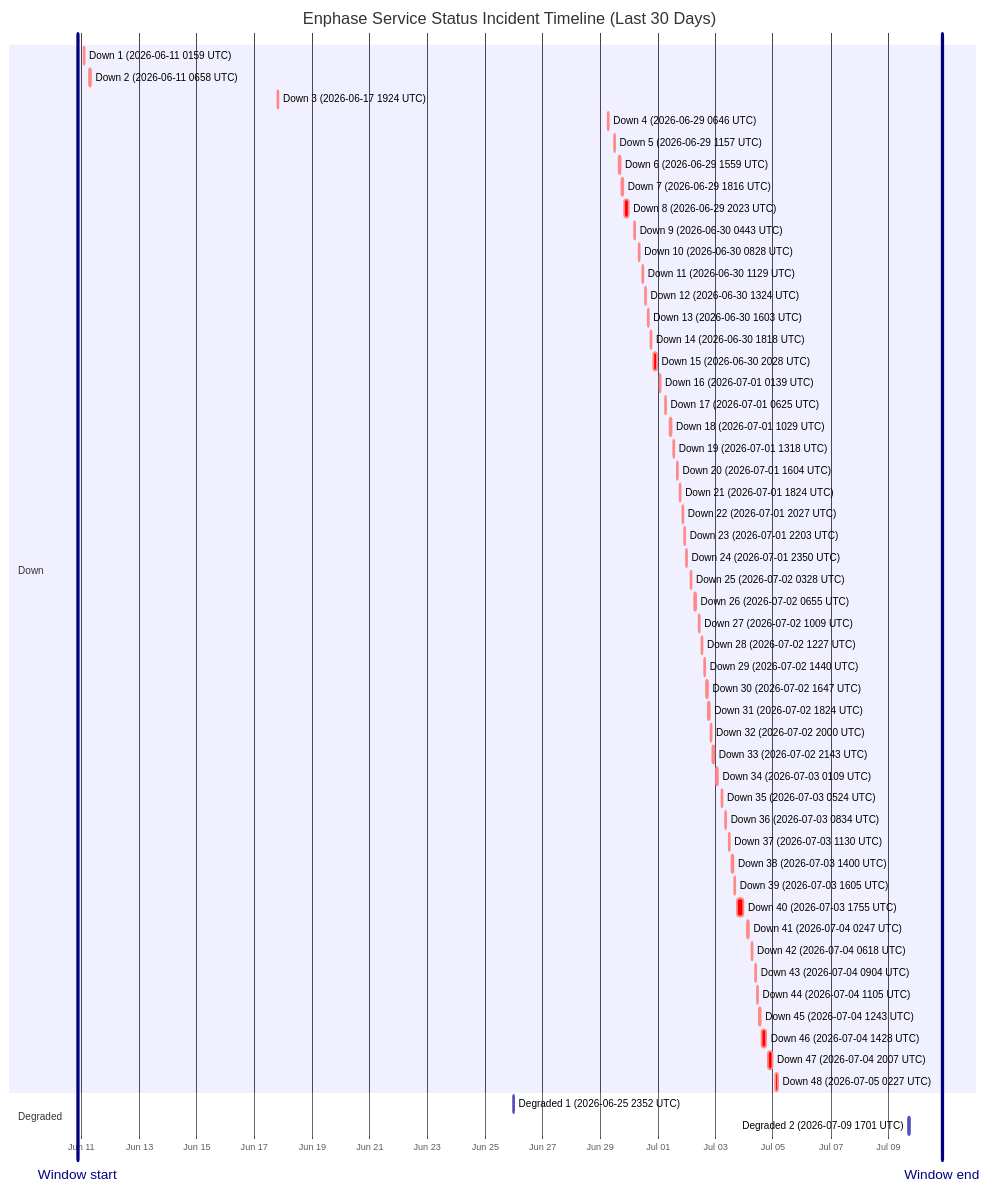
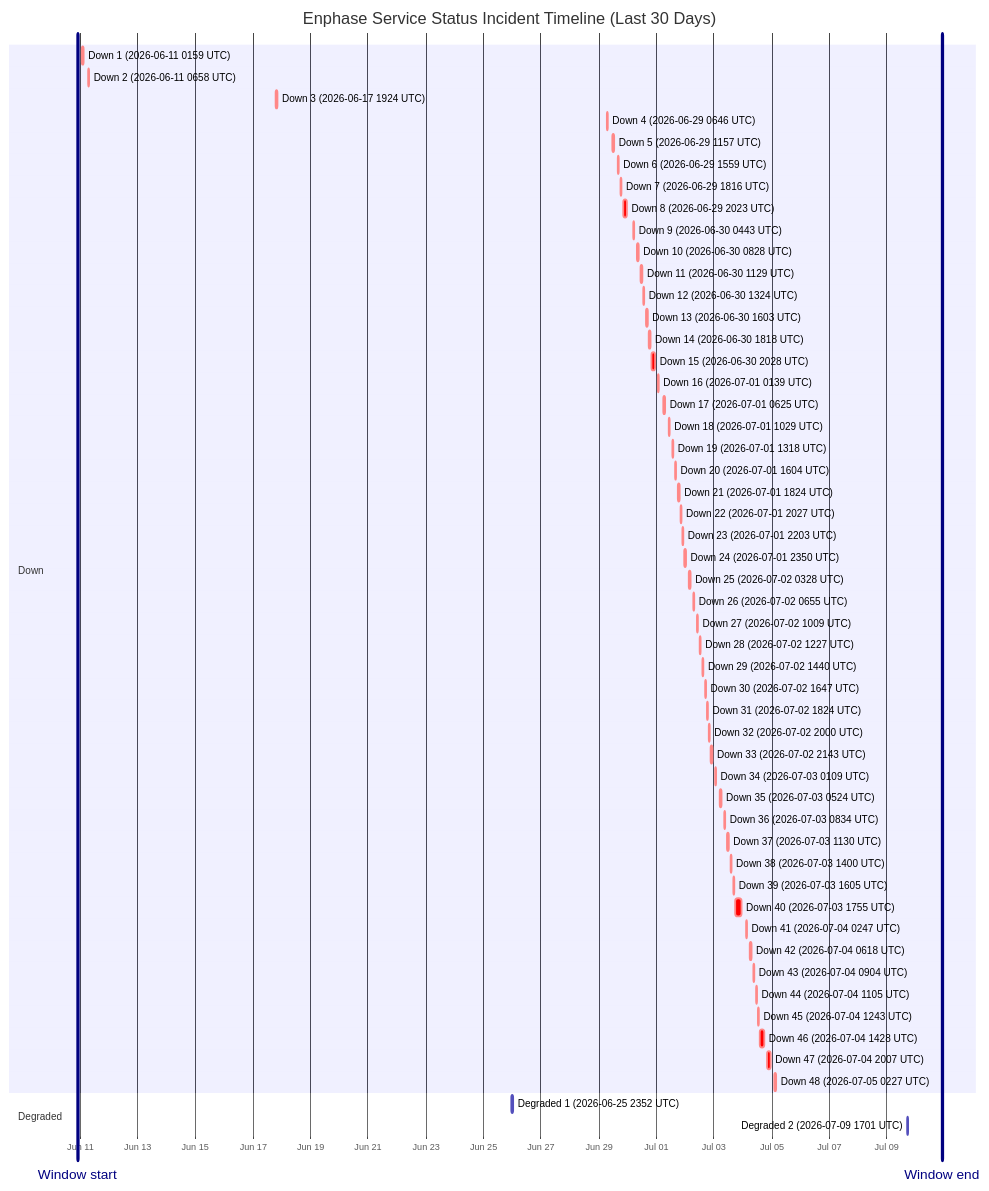
Before and after one commit to barneyonline/ha-enphase-energy: the diagram in wiki/Service-Status-History.md, drawn with Mermaid. The commit also changed other lines of this file and 3 other files, not shown here.

````diff
--- a/wiki/Service-Status-History.md
+++ b/wiki/Service-Status-History.md
@@ -14,60 +14,60 @@
 ```mermaid
 gantt
     title Enphase Service Status Incident Timeline (Last 30 Days)
     dateFormat  YYYY-MM-DDTHH:mm:ss
     axisFormat  %b %d
-    Window start :vert, window-start, 2026-06-10T20:48:50, 0ms
-    Window end :vert, window-end, 2026-07-10T20:48:50, 0ms
+    Window start :vert, window-start, 2026-06-10T22:00:35, 0ms
+    Window end :vert, window-end, 2026-07-10T22:00:35, 0ms
     section Down
     Down 1 (2026-06-11 0159 UTC) :crit, down-1, 2026-06-11T01:59:36, 60m
     Down 2 (2026-06-11 0658 UTC) :crit, down-2, 2026-06-11T06:58:45, 60m
     Down 3 (2026-06-17 1924 UTC) :crit, down-3, 2026-06-17T19:24:51, 60m
     Down 4 (2026-06-29 0646 UTC) :crit, down-4, 2026-06-29T06:46:18, 60m
     Down 5 (2026-06-29 1157 UTC) :crit, down-5, 2026-06-29T11:57:36, 60m
     Down 6 (2026-06-29 1559 UTC) :crit, down-6, 2026-06-29T15:59:02, 60m
     Down 7 (2026-06-29 1816 UTC) :crit, down-7, 2026-06-29T18:16:38, 60m
     Down 8 (2026-06-29 2023 UTC) :crit, down-8, 2026-06-29T20:23:16, 220m
     Down 9 (2026-06-30 0443 UTC) :crit, down-9, 2026-06-30T04:43:54, 60m
     Down 10 (2026-06-30 0828 UTC) :crit, down-10, 2026-06-30T08:28:43, 60m
     Down 11 (2026-06-30 1129 UTC) :crit, down-11, 2026-06-30T11:29:15, 60m
     Down 12 (2026-06-30 1324 UTC) :crit, down-12, 2026-06-30T13:24:25, 60m
     Down 13 (2026-06-30 1603 UTC) :crit, down-13, 2026-06-30T16:03:26, 60m
     Down 14 (2026-06-30 1818 UTC) :crit, down-14, 2026-06-30T18:18:39, 60m
     Down 15 (2026-06-30 2028 UTC) :crit, down-15, 2026-06-30T20:28:54, 171m
     Down 16 (2026-07-01 0139 UTC) :crit, down-16, 2026-07-01T01:39:18, 60m
     Down 17 (2026-07-01 0625 UTC) :crit, down-17, 2026-07-01T06:25:35, 60m
     Down 18 (2026-07-01 1029 UTC) :crit, down-18, 2026-07-01T10:29:24, 60m
     Down 19 (2026-07-01 1318 UTC) :crit, down-19, 2026-07-01T13:18:31, 60m
     Down 20 (2026-07-01 1604 UTC) :crit, down-20, 2026-07-01T16:04:29, 60m
     Down 21 (2026-07-01 1824 UTC) :crit, down-21, 2026-07-01T18:24:21, 60m
     Down 22 (2026-07-01 2027 UTC) :crit, down-22, 2026-07-01T20:27:17, 60m
     Down 23 (2026-07-01 2203 UTC) :crit, down-23, 2026-07-01T22:03:46, 60m
     Down 24 (2026-07-01 2350 UTC) :crit, down-24, 2026-07-01T23:50:52, 60m
     Down 25 (2026-07-02 0328 UTC) :crit, down-25, 2026-07-02T03:28:33, 60m
     Down 26 (2026-07-02 0655 UTC) :crit, down-26, 2026-07-02T06:55:07, 60m
     Down 27 (2026-07-02 1009 UTC) :crit, down-27, 2026-07-02T10:09:15, 60m
     Down 28 (2026-07-02 1227 UTC) :crit, down-28, 2026-07-02T12:27:49, 60m
     Down 29 (2026-07-02 1440 UTC) :crit, down-29, 2026-07-02T14:40:53, 60m
     Down 30 (2026-07-02 1647 UTC) :crit, down-30, 2026-07-02T16:47:47, 60m
     Down 31 (2026-07-02 1824 UTC) :crit, down-31, 2026-07-02T18:24:26, 60m
     Down 32 (2026-07-02 2000 UTC) :crit, down-32, 2026-07-02T20:00:57, 60m
     Down 33 (2026-07-02 2143 UTC) :crit, down-33, 2026-07-02T21:43:52, 80m
     Down 34 (2026-07-03 0109 UTC) :crit, down-34, 2026-07-03T01:09:19, 60m
     Down 35 (2026-07-03 0524 UTC) :crit, down-35, 2026-07-03T05:24:23, 60m
     Down 36 (2026-07-03 0834 UTC) :crit, down-36, 2026-07-03T08:34:05, 60m
     Down 37 (2026-07-03 1130 UTC) :crit, down-37, 2026-07-03T11:30:41, 60m
     Down 38 (2026-07-03 1400 UTC) :crit, down-38, 2026-07-03T14:00:48, 60m
     Down 39 (2026-07-03 1605 UTC) :crit, down-39, 2026-07-03T16:05:49, 60m
     Down 40 (2026-07-03 1755 UTC) :crit, down-40, 2026-07-03T17:55:54, 338m
     Down 41 (2026-07-04 0247 UTC) :crit, down-41, 2026-07-04T02:47:22, 60m
     Down 42 (2026-07-04 0618 UTC) :crit, down-42, 2026-07-04T06:18:09, 60m
     Down 43 (2026-07-04 0904 UTC) :crit, down-43, 2026-07-04T09:04:41, 60m
     Down 44 (2026-07-04 1105 UTC) :crit, down-44, 2026-07-04T11:05:21, 60m
     Down 45 (2026-07-04 1243 UTC) :crit, down-45, 2026-07-04T12:43:25, 60m
     Down 46 (2026-07-04 1428 UTC) :crit, down-46, 2026-07-04T14:28:07, 243m
     Down 47 (2026-07-04 2007 UTC) :crit, down-47, 2026-07-04T20:07:50, 206m
     Down 48 (2026-07-05 0227 UTC) :crit, down-48, 2026-07-05T02:27:32, 109m
     section Degraded
     Degraded 1 (2026-06-25 2352 UTC) :active, degraded-1, 2026-06-25T23:52:01, 60m
     Degraded 2 (2026-07-09 1701 UTC) :active, degraded-2, 2026-07-09T17:01:02, 60m
 ```
````
